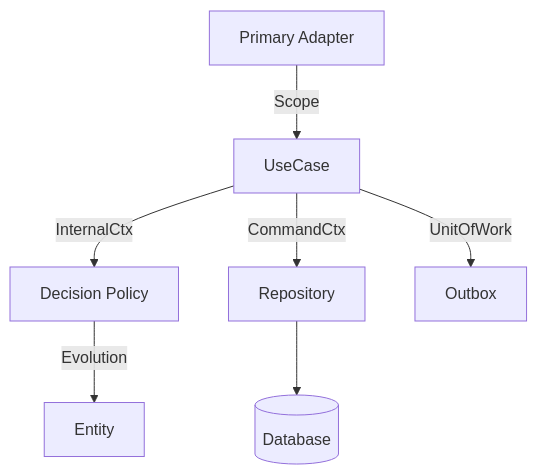
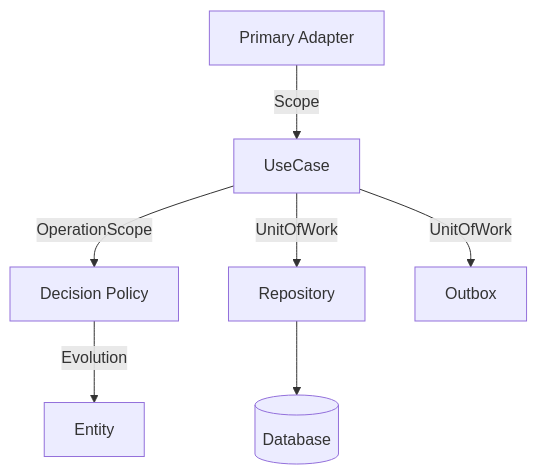
The diagram in docs/architecture/SAD.md (SiderealMollusk/rita-app-framework), drawn with Mermaid before and after one commit. The commit also changed other lines of this file and 25 other files, not shown here.

First line of the commit message:
docs: consolidate proposals into ADRs and update architectural encyclopedia

````diff
--- a/docs/architecture/SAD.md
+++ b/docs/architecture/SAD.md
@@ -36,9 +40,9 @@
 ```mermaid
 graph TD
     Adapter[Primary Adapter] -->|Scope| UC[UseCase]
-    UC -->|InternalCtx| Policy[Decision Policy]
-    UC -->|CommandCtx| Repo[Repository]
+    UC -->|OperationScope| Policy[Decision Policy]
+    UC -->|UnitOfWork| Repo[Repository]
     Repo --> DB[(Database)]
     Policy -->|Evolution| Entity[Entity]
     UC -->|UnitOfWork| Outbox[Outbox]
 ```
````
